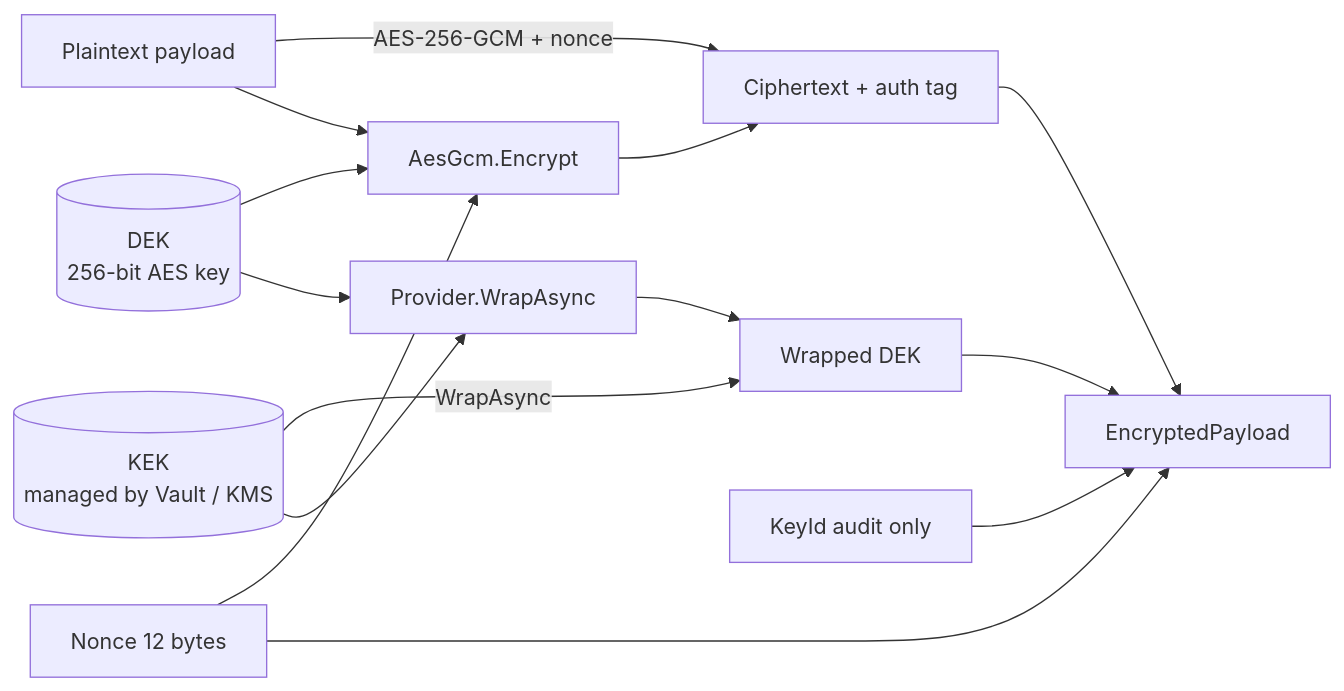
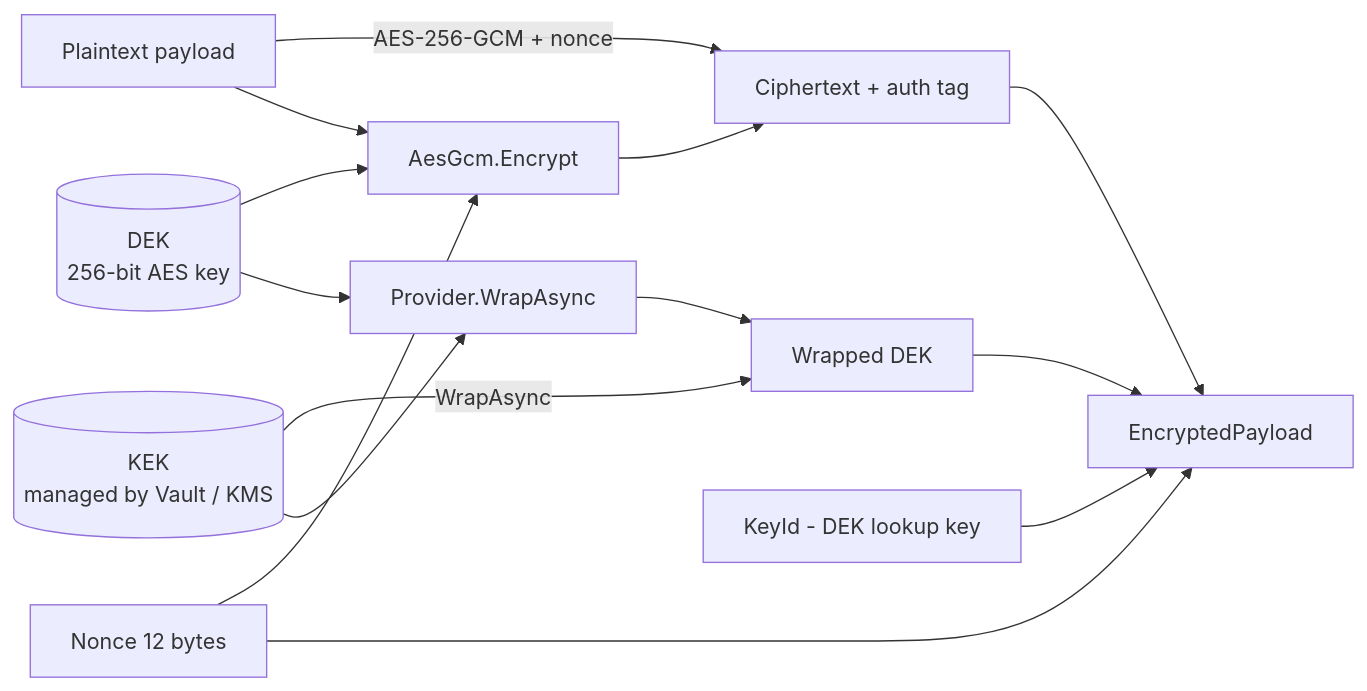
One commit to OkaySire/vellum changed the first of 4 diagrams in docs/architecture.md. Above: the diagram before and after it, drawn with Mermaid. The commit also changed other lines of this file and 16 other files, not shown here.

````diff
--- a/docs/architecture.md
+++ b/docs/architecture.md
@@ -19,16 +19,16 @@
 ```mermaid
 flowchart LR
     P[Plaintext payload] -->|AES-256-GCM + nonce| C[Ciphertext + auth tag]
     DEK[(DEK<br/>256-bit AES key)] --> AES[AesGcm.Encrypt]
     P --> AES
     AES --> C
     KEK[(KEK<br/>managed by Vault / KMS)] -->|WrapAsync| WD[Wrapped DEK]
     DEK --> WRAP[Provider.WrapAsync]
     KEK --> WRAP
     WRAP --> WD
     C --> ENV[EncryptedPayload]
     WD --> ENV
     N[Nonce 12 bytes] --> AES
     N --> ENV
-    KID[KeyId audit only] --> ENV
+    KID[KeyId - DEK lookup key] --> ENV
 ```
````
